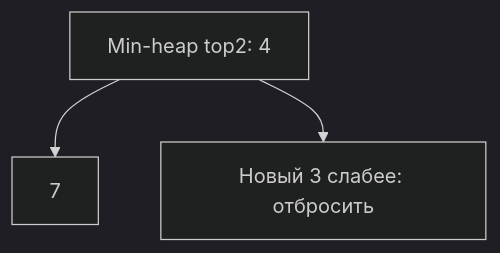
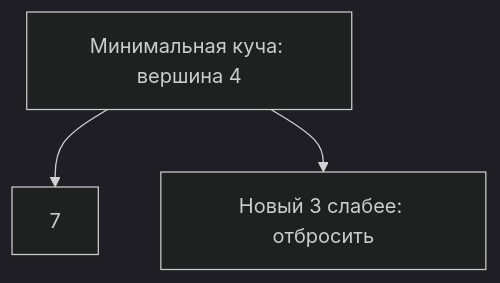
The diagram in docs/algorithms/heap.md (leary1337/vault), drawn with Mermaid (dark theme) before and after one commit. The commit also changed other lines of this file and 325 other files, not shown here.

````diff
--- a/docs/algorithms/heap.md
+++ b/docs/algorithms/heap.md
@@ -52,5 +28,5 @@
 ```mermaid
 flowchart TD
-    Root[Min-heap top2: 4] --> Child[7]
+    Root[Минимальная куча: вершина 4] --> Child[7]
     Root --> Replace[Новый 3 слабее: отбросить]
 ```
````
